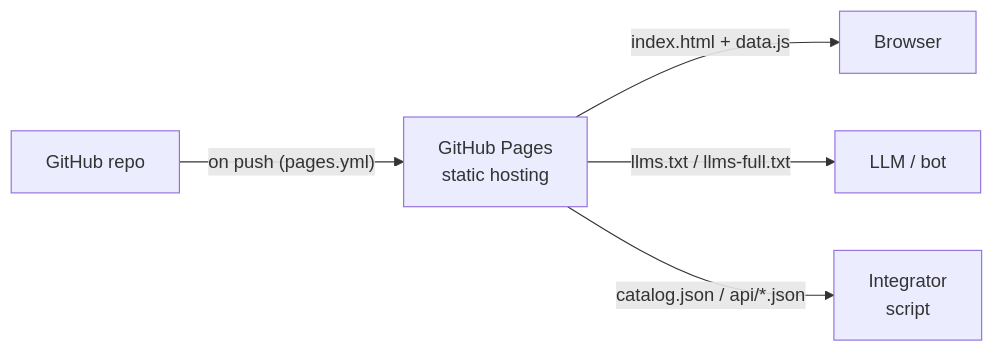
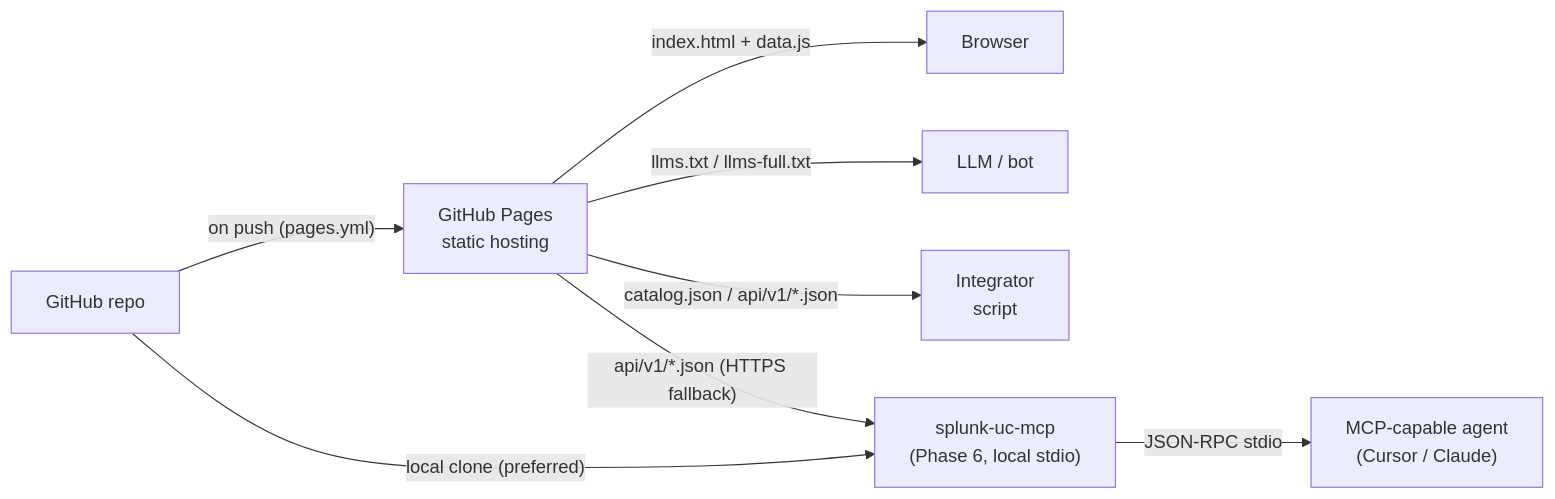
Before and after one commit to fenre/splunk-monitoring-use-cases: the third of 4 diagrams in docs/DESIGN.md, drawn with Mermaid. The commit also changed other lines of this file and 165 other files, not shown here.

First line of the commit message:
v6.1 — MCP server (Phase 6) + content quality remediation

````diff
--- a/docs/DESIGN.md
+++ b/docs/DESIGN.md
@@ -304,13 +306,18 @@
 ```mermaid
 flowchart LR
     repo["GitHub repo"]
     pages["GitHub Pages<br/>static hosting"]
     browser["Browser"]
     bot["LLM / bot"]
     integrator["Integrator<br/>script"]
+    mcp["splunk-uc-mcp<br/>(Phase 6, local stdio)"]
+    agent["MCP-capable agent<br/>(Cursor / Claude)"]
 
     repo -- "on push (pages.yml)" --> pages
     pages -- "index.html + data.js" --> browser
     pages -- "llms.txt / llms-full.txt" --> bot
-    pages -- "catalog.json / api/*.json" --> integrator
+    pages -- "catalog.json / api/v1/*.json" --> integrator
+    pages -- "api/v1/*.json (HTTPS fallback)" --> mcp
+    repo -- "local clone (preferred)" --> mcp
+    mcp -- "JSON-RPC stdio" --> agent
 ```
````
